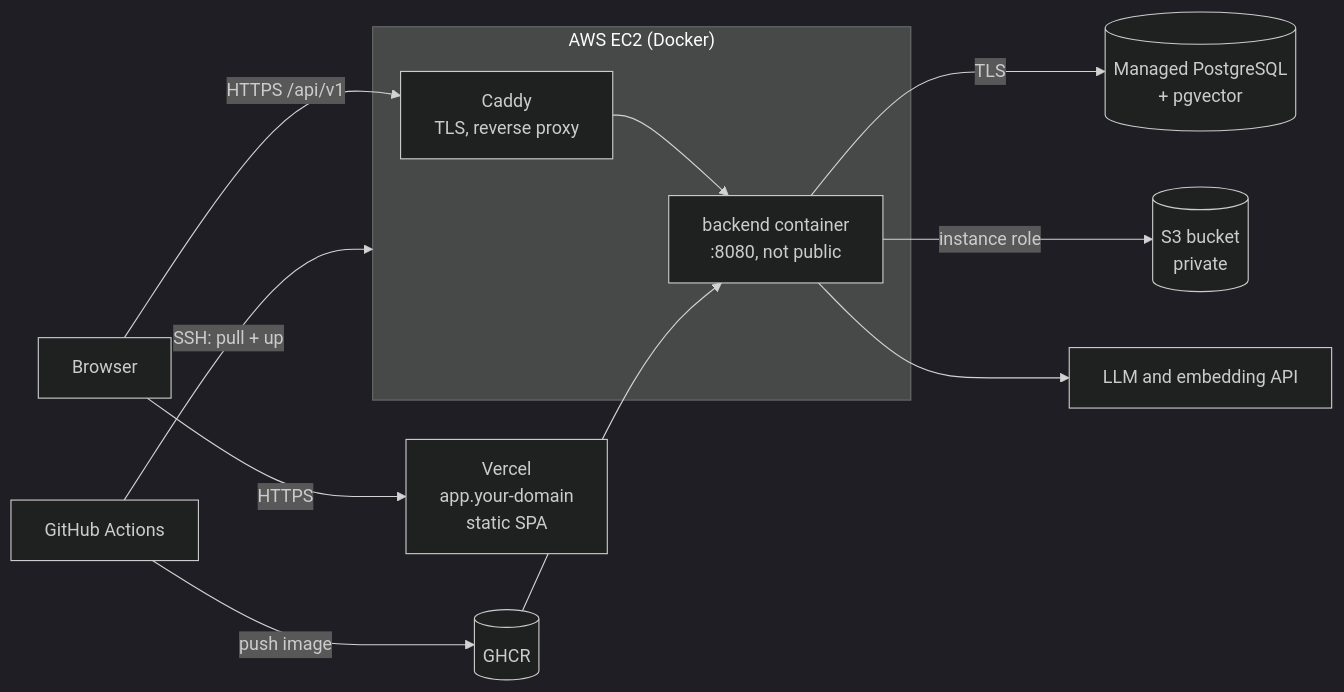
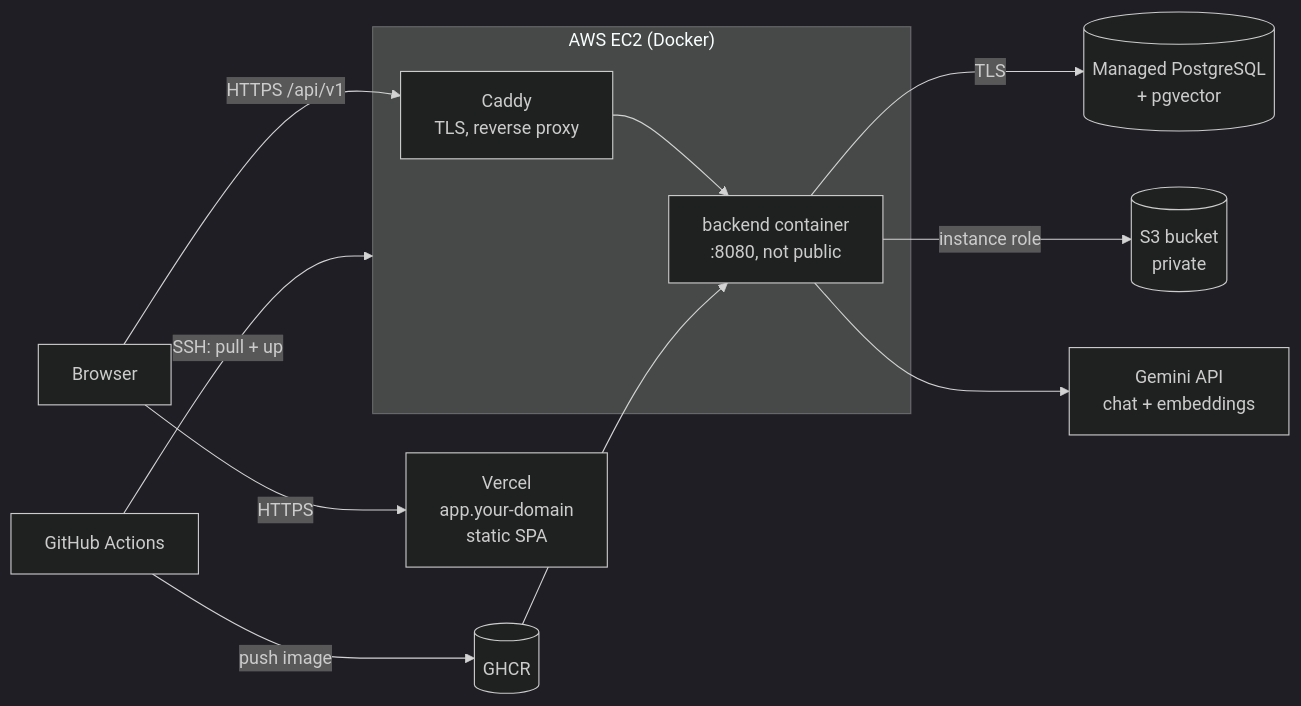
One commit to KanhaiyaPandey/HireFlow-AI changed the diagram in docs/deployment.md. Above: the diagram before and after it, drawn with Mermaid (dark theme). The commit also changed other lines of this file and 3 other files, not shown here.

Commit message:
Update documentation for Google Gemini API integration and embedding model specifications

````diff
--- a/docs/deployment.md
+++ b/docs/deployment.md
@@ -215,16 +230,16 @@
 ```mermaid
 flowchart LR
     U[Browser] -->|HTTPS| V[Vercel<br/>app.your-domain<br/>static SPA]
     U -->|"HTTPS /api/v1"| C
 
     subgraph EC2["AWS EC2 (Docker)"]
         C[Caddy<br/>TLS, reverse proxy] --> B[backend container<br/>:8080, not public]
     end
 
     B -->|"TLS"| P[(Managed PostgreSQL<br/>+ pgvector)]
     B -->|"instance role"| S[(S3 bucket<br/>private)]
-    B --> L[LLM and embedding API]
+    B --> L[Gemini API<br/>chat + embeddings]
     G[GitHub Actions] -->|"push image"| R[(GHCR)]
     G -->|"SSH: pull + up"| EC2
     R --> B
 ```
````
